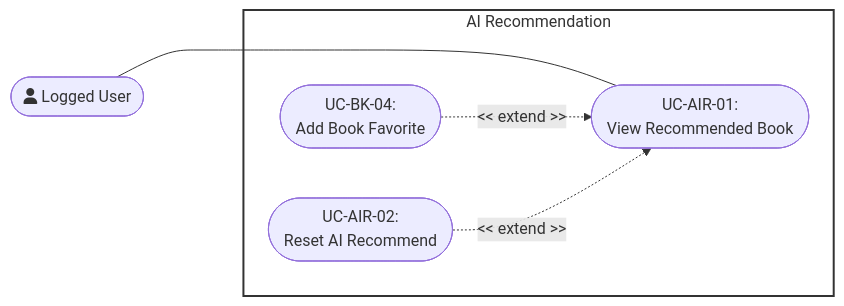
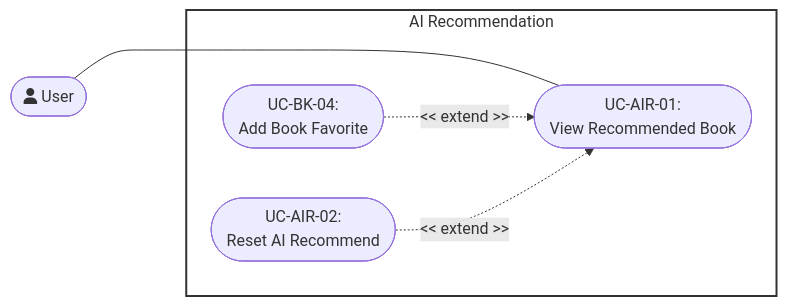
One commit to DuyNhat1705/AmeThyst-Library changed the seventh of 9 diagrams in docs/management/PA3/Use-CaseSpecification.md. Above: the diagram before and after it, drawn with Mermaid. The commit also changed other lines of this file and 5 other files, not shown here.

Commit message:
update usecase diagram for PA4

````diff
--- a/docs/management/PA3/Use-CaseSpecification.md
+++ b/docs/management/PA3/Use-CaseSpecification.md
@@ -3851,14 +3853,14 @@
 ```mermaid
 flowchart LR
  subgraph AIRecommendation["AI Recommendation"]
         UC1(["<center>UC-BK-04:<br>Add Book Favorite</center>"])
         UC2(["<center>UC-AIR-01:<br>View Recommended Book</center>"])
         UC3(["<center>UC-AIR-02:<br>Reset AI Recommend</center>"])
   end
-    ActorUser(["<center>fa:fa-user Logged User</center>"]) ~~~~ AIRecommendation 
+    ActorUser(["<center>fa:fa-user User</center>"]) ~~~~ AIRecommendation 
     ActorUser --- UC2
     UC1 -. "<< extend >>" .-> UC2
     UC3 -. "<< extend >>" .-> UC2
 
     style AIRecommendation fill:#fff,stroke:#333,stroke-width:2px
 ```
````
